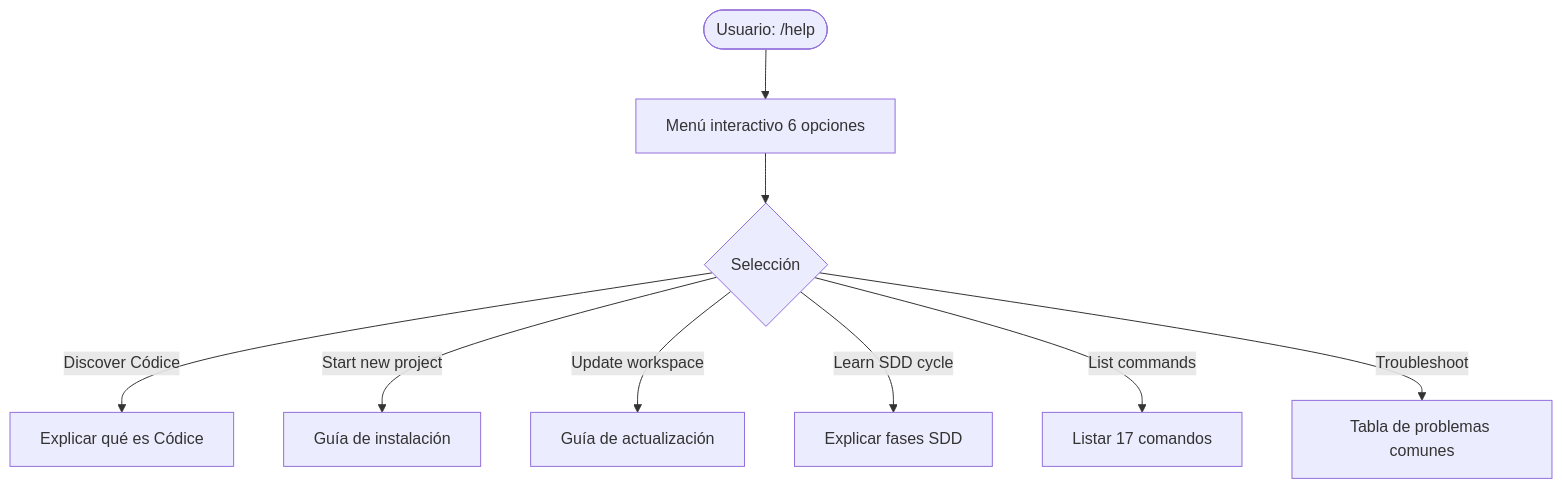
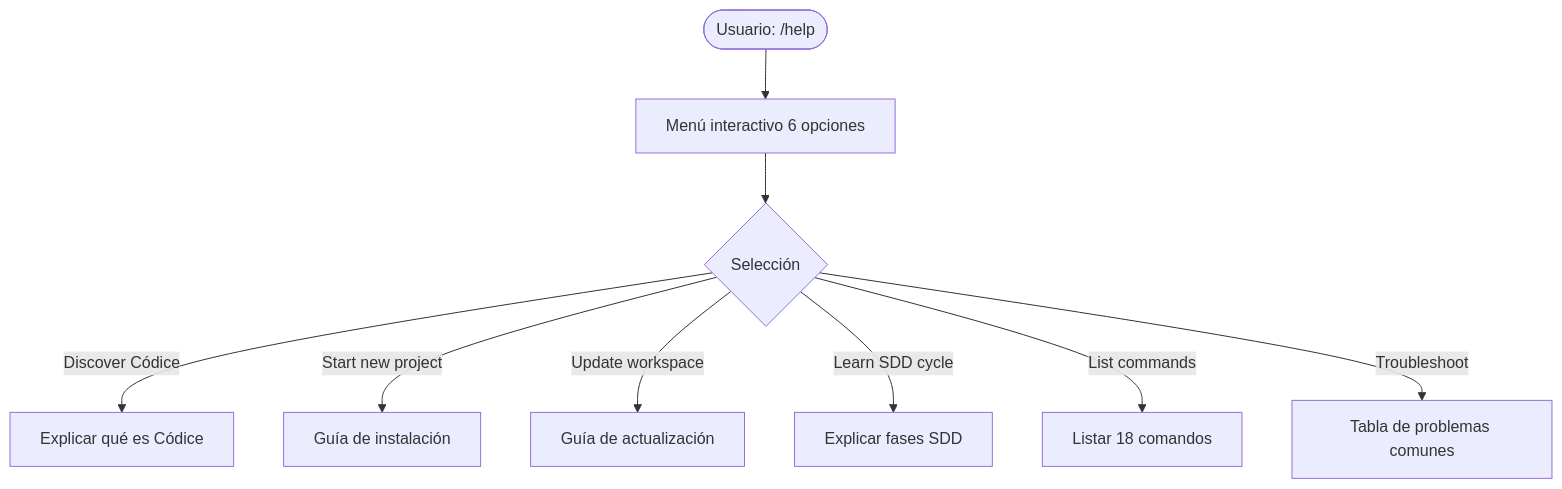
The fifth of 9 diagrams in docs/APPFLOW.md (Fisherk2/codice-opencode), drawn with Mermaid before and after one commit. The commit also changed other lines of this file and 39 other files, not shown here.

````diff
--- a/docs/APPFLOW.md
+++ b/docs/APPFLOW.md
@@ -157,11 +157,11 @@
 ```mermaid
 graph TD
     A([Usuario: /help]) --> B[Menú interactivo 6 opciones]
     B --> C{Selección}
     C -- Discover Códice --> D[Explicar qué es Códice]
     C -- Start new project --> E[Guía de instalación]
     C -- Update workspace --> F[Guía de actualización]
     C -- Learn SDD cycle --> G[Explicar fases SDD]
-    C -- List commands --> H[Listar 17 comandos]
+    C -- List commands --> H[Listar 18 comandos]
     C -- Troubleshoot --> I[Tabla de problemas comunes]
 ```
````
